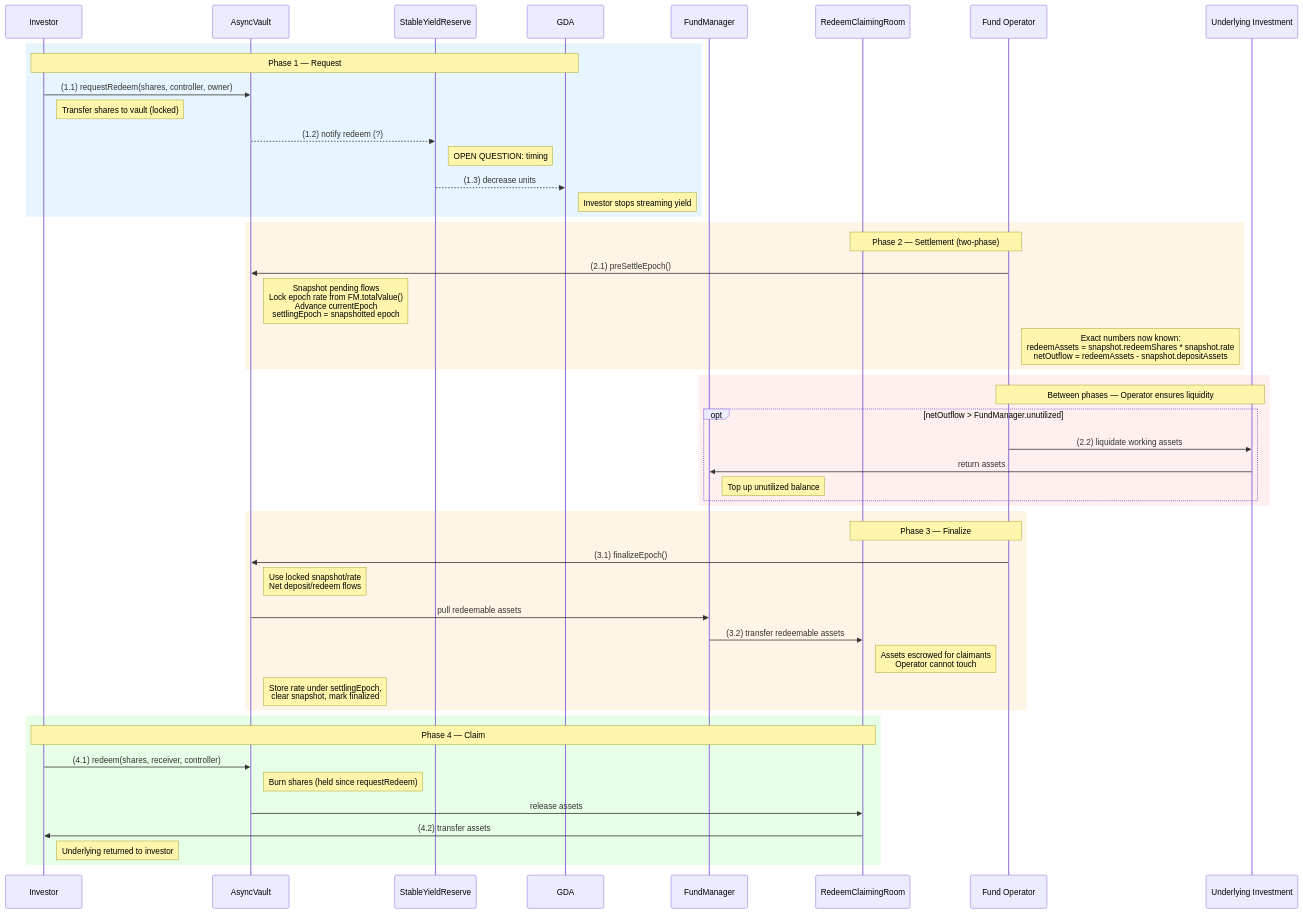
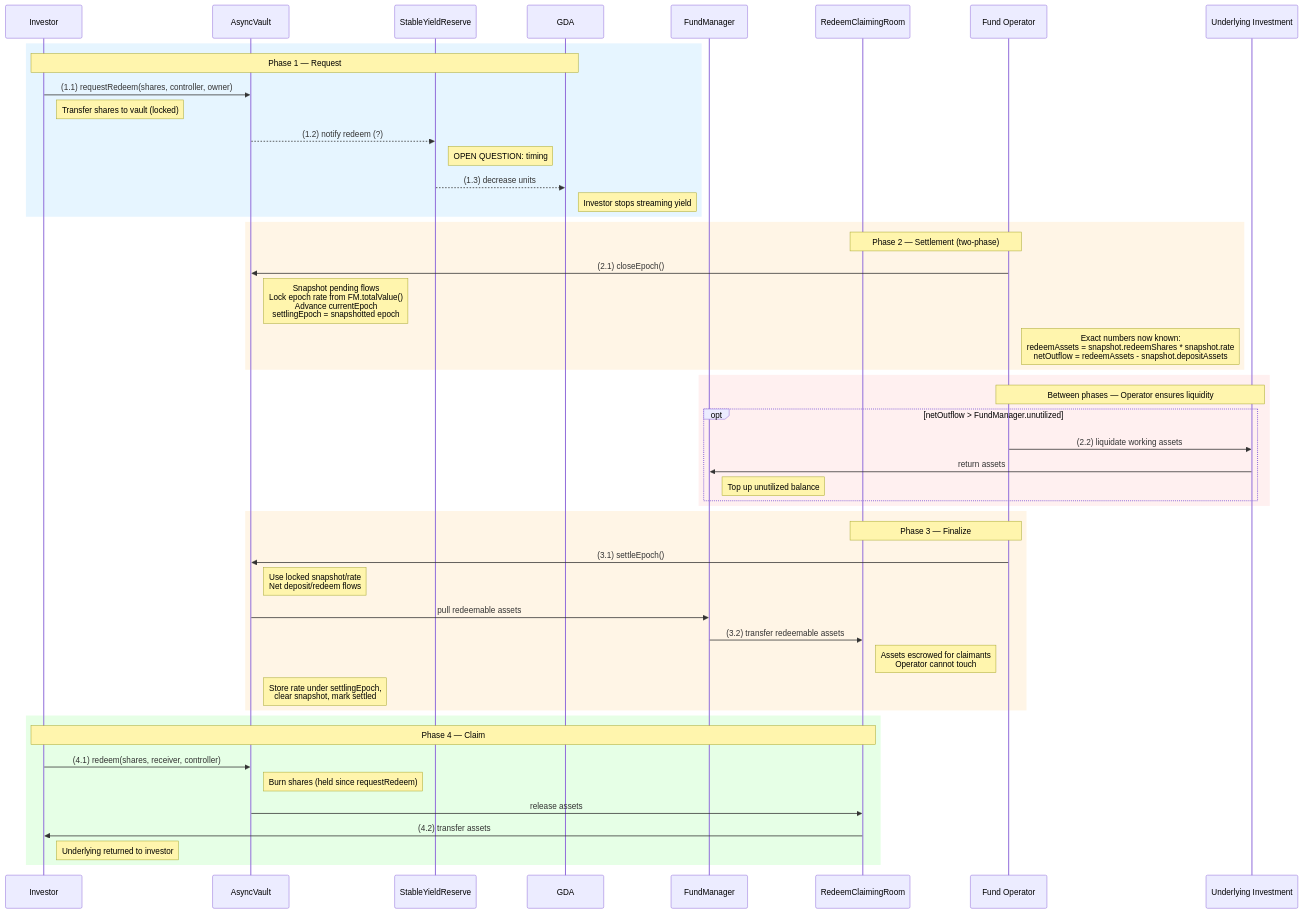
The diagram in docs/flow/redeem-flow.md (superfluid-org/stable-yield-vault), drawn with Mermaid before and after one commit. The commit also changed other lines of this file and 3 other files, not shown here.

````diff
--- a/docs/flow/redeem-flow.md
+++ b/docs/flow/redeem-flow.md
@@ -25,56 +25,56 @@
 ```mermaid
 sequenceDiagram
     participant I as Investor
     participant AV as AsyncVault
     participant SYR as StableYieldReserve
     participant GDA as GDA
     participant FM as FundManager
     participant RCR as RedeemClaimingRoom
     participant FO as Fund Operator
     participant INV as Underlying Investment
 
     rect rgb(230, 245, 255)
     Note over I, GDA: Phase 1 — Request
     I->>AV: (1.1) requestRedeem(shares, controller, owner)
     Note right of I: Transfer shares to vault (locked)
     AV-->>SYR: (1.2) notify redeem (?)
     Note right of SYR: OPEN QUESTION: timing
     SYR-->>GDA: (1.3) decrease units
     Note right of GDA: Investor stops streaming yield
     end
 
     rect rgb(255, 245, 230)
     Note over FO, RCR: Phase 2 — Settlement (two-phase)
-    FO->>AV: (2.1) preSettleEpoch()
+    FO->>AV: (2.1) closeEpoch()
     Note right of AV: Snapshot pending flows<br/>Lock epoch rate from FM.totalValue()<br/>Advance currentEpoch<br/>settlingEpoch = snapshotted epoch
     Note right of FO: Exact numbers now known:<br/>redeemAssets = snapshot.redeemShares * snapshot.rate<br/>netOutflow = redeemAssets - snapshot.depositAssets
     end
 
     rect rgb(255, 240, 240)
     Note over FO, INV: Between phases — Operator ensures liquidity
     opt netOutflow > FundManager.unutilized
         FO->>INV: (2.2) liquidate working assets
         INV->>FM: return assets
         Note right of FM: Top up unutilized balance
     end
     end
 
     rect rgb(255, 245, 230)
     Note over FO, RCR: Phase 3 — Finalize
-    FO->>AV: (3.1) finalizeEpoch()
+    FO->>AV: (3.1) settleEpoch()
     Note right of AV: Use locked snapshot/rate<br/>Net deposit/redeem flows
     AV->>FM: pull redeemable assets
     FM->>RCR: (3.2) transfer redeemable assets
     Note right of RCR: Assets escrowed for claimants<br/>Operator cannot touch
-    Note right of AV: Store rate under settlingEpoch,<br/>clear snapshot, mark finalized
+    Note right of AV: Store rate under settlingEpoch,<br/>clear snapshot, mark settled
     end
 
     rect rgb(230, 255, 230)
     Note over I, RCR: Phase 4 — Claim
     I->>AV: (4.1) redeem(shares, receiver, controller)
     Note right of AV: Burn shares (held since requestRedeem)
     AV->>RCR: release assets
     RCR->>I: (4.2) transfer assets
     Note right of I: Underlying returned to investor
     end
 ```
````
